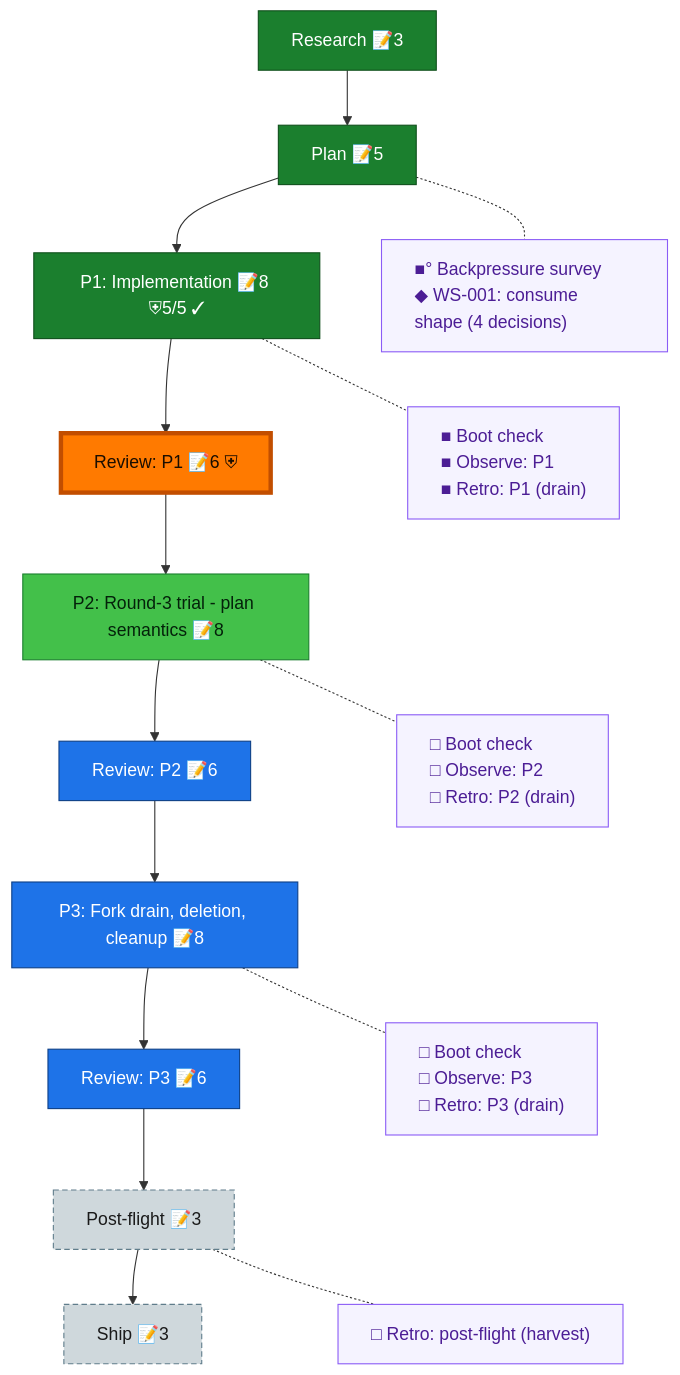
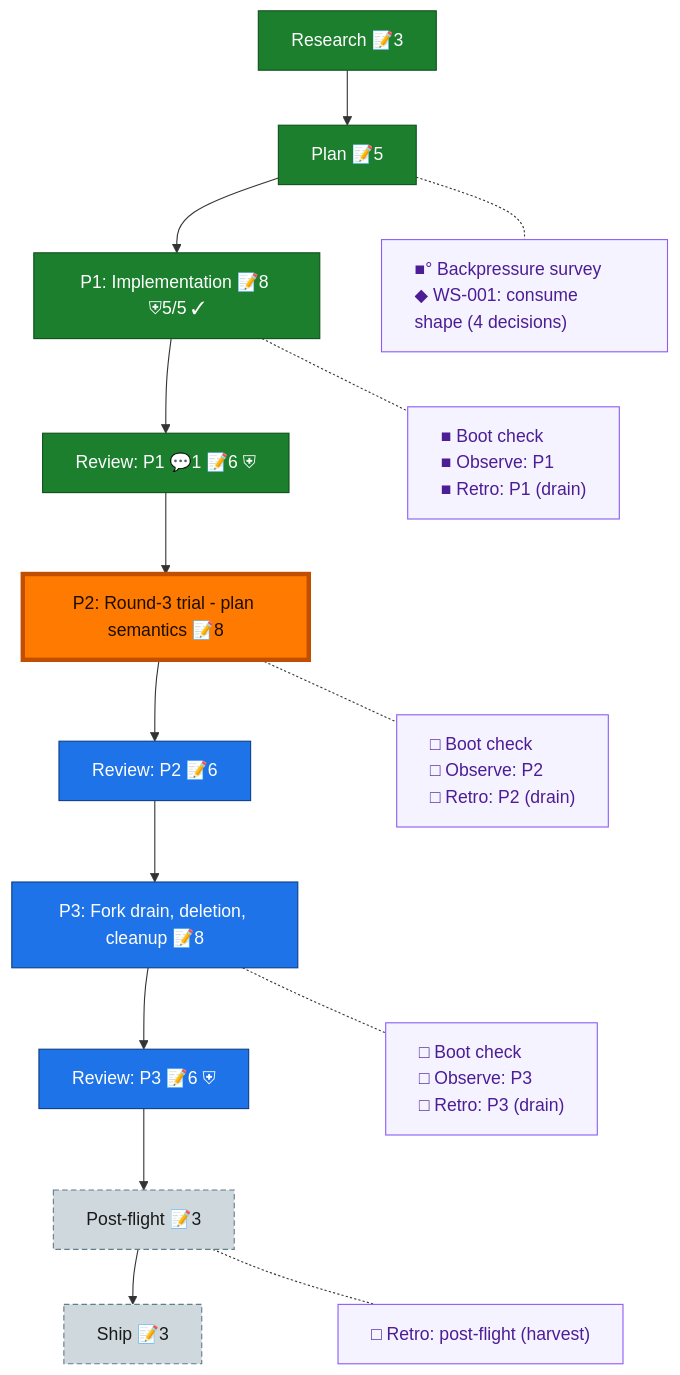
Before and after one commit to AI-Substrate/harness-engineering: the diagram in docs/plans/080-dd-consume-upgrade/the-flow.md, drawn with Mermaid. The commit also changed other lines of this file and 1 other file, not shown here.

Commit message:
flow(080): gate relocated per ops 3c (disarm review-1, arm review-3), nav to phase-2

````diff
--- a/docs/plans/080-dd-consume-upgrade/the-flow.md
+++ b/docs/plans/080-dd-consume-upgrade/the-flow.md
@@ -8,39 +8,39 @@
 ```mermaid
 flowchart TD
     research["Research 📝3"]:::done
     plan["Plan 📝5"]:::done
     phase_1["P1: Implementation 📝8 ⛨5/5 ✓"]:::done
-    review_1["Review: P1 📝6 ⛨"]:::done
+    review_1["Review: P1 💬1 📝6 ⛨"]:::done
     phase_2["P2: Round-3 trial - plan semantics 📝8"]:::wip
     review_2["Review: P2 📝6"]:::known
     phase_3["P3: Fork drain, deletion, cleanup 📝8"]:::known
-    review_3["Review: P3 📝6"]:::known
+    review_3["Review: P3 📝6 ⛨"]:::known
     post_flight["Post-flight 📝3"]:::assumed
     ship["Ship 📝3"]:::assumed
 
     research --> plan --> phase_1 --> review_1 --> phase_2 --> review_2 --> phase_3 --> review_3 --> post_flight --> ship
 
     planC["■° Backpressure survey<br/>◆ WS-001: consume shape (4 decisions)"]:::chore
     phase_1C["■ Boot check<br/>■ Observe: P1<br/>■ Retro: P1 (drain)"]:::chore
     phase_2C["□ Boot check<br/>□ Observe: P2<br/>□ Retro: P2 (drain)"]:::chore
     phase_3C["□ Boot check<br/>□ Observe: P3<br/>□ Retro: P3 (drain)"]:::chore
     post_flightC["□ Retro: post-flight (harvest)"]:::chore
 
     %% invisible chain holds the gutter boxes in their own column
     planC ~~~ phase_1C ~~~ phase_2C ~~~ phase_3C ~~~ post_flightC
 
     %% dotted links pull each gutter box beside its node
     plan -.- planC
     phase_1 -.- phase_1C
     phase_2 -.- phase_2C
     phase_3 -.- phase_3C
     post_flight -.- post_flightC
 
     classDef done fill:#1B7F2E,stroke:#0F4F1B,color:#fff;
     classDef wip fill:#43C04A,stroke:#1B7F2E,color:#04210A;
     classDef known fill:#1E73E8,stroke:#0D3F86,color:#fff;
     classDef assumed fill:#CFD8DC,stroke:#607D8B,color:#1a1a1a,stroke-dasharray:5 3;
     classDef chore fill:#f5f3ff,stroke:#8b5cf6,color:#4c1d95,text-align:left;
     classDef current fill:#FF7A00,stroke:#C24E00,color:#1a0e00,stroke-width:4px;
-    class review_1 current;
+    class phase_2 current;
 ```
````
